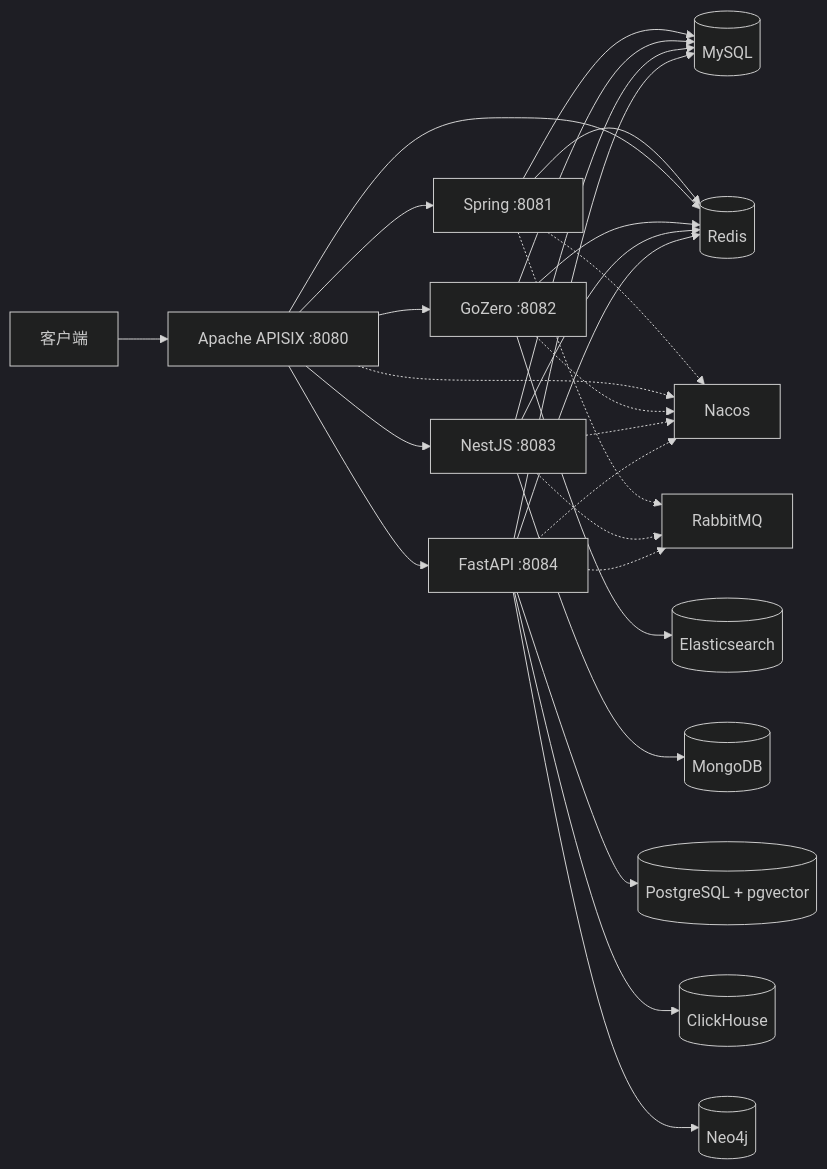
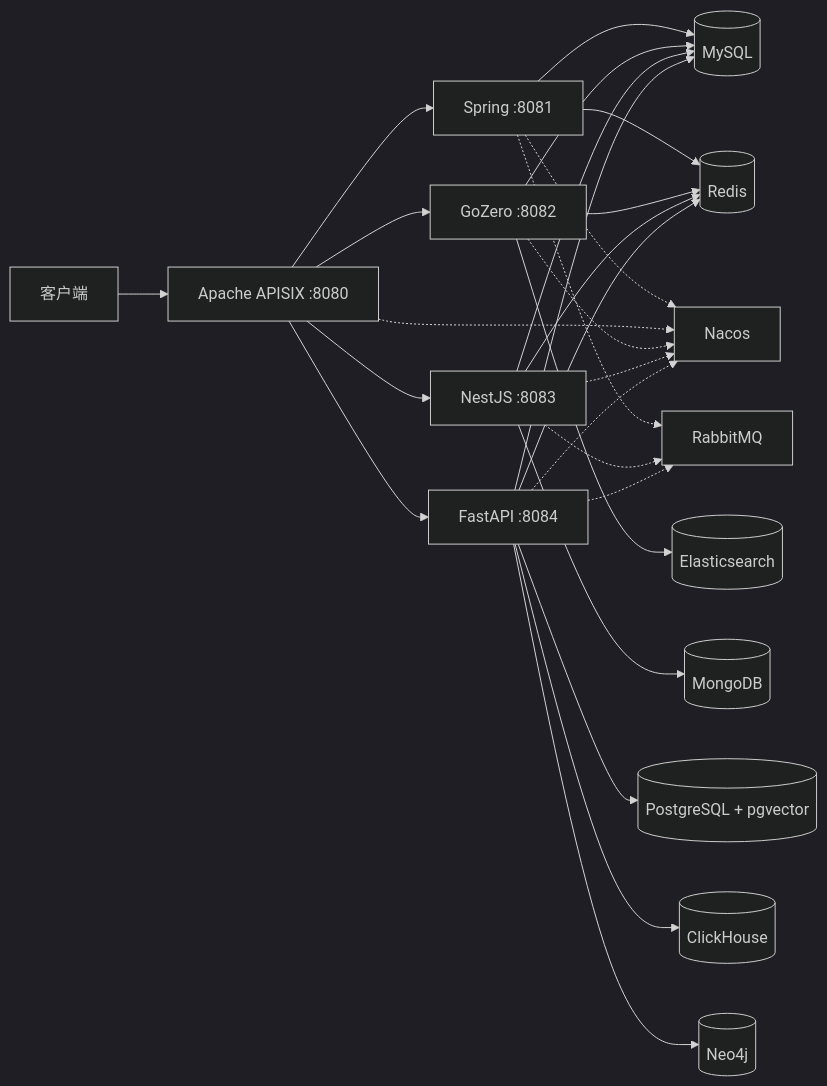
One commit to hongch666/mix-web-demo changed the sixth of 9 diagrams in README.md. Above: the diagram before and after it, drawn with Mermaid (dark theme). The commit also changed other lines of this file, not shown here.

````diff
--- a/README.md
+++ b/README.md
@@ -615,36 +616,35 @@
   ```mermaid
   flowchart LR
     Client[客户端] --> APISIX[Apache APISIX :8080]
 
     APISIX --> Spring[Spring :8081]
     APISIX --> GoZero[GoZero :8082]
     APISIX --> Nest[NestJS :8083]
     APISIX --> FastAPI[FastAPI :8084]
 
     Spring --> MySQL[(MySQL)]
     GoZero --> MySQL
     Nest --> MySQL
     FastAPI --> MySQL
 
     Spring --> Redis[(Redis)]
-    APISIX --> Redis
     GoZero --> Redis
     Nest --> Redis
     FastAPI --> Redis
 
     GoZero --> ES[(Elasticsearch)]
     Nest --> Mongo[(MongoDB)]
     FastAPI --> PG[(PostgreSQL + pgvector)]
     FastAPI --> CH[(ClickHouse)]
     FastAPI --> Neo4j[(Neo4j)]
 
     Spring -.-> Nacos[Nacos]
     APISIX -.-> Nacos
     GoZero -.-> Nacos
     Nest -.-> Nacos
     FastAPI -.-> Nacos
 
     Spring -.-> MQ[RabbitMQ]
     Nest -.-> MQ
     FastAPI -.-> MQ
   ```
````
